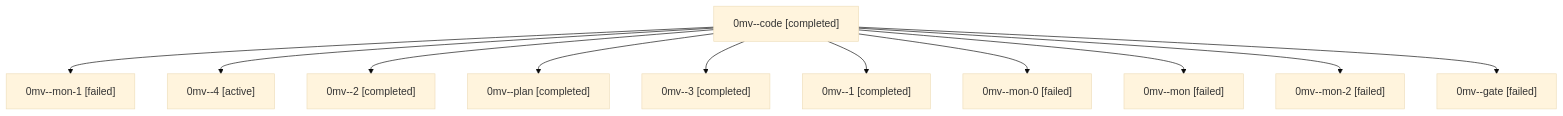
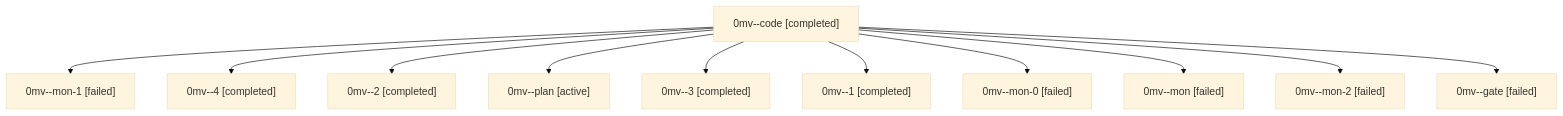
One commit to sase-org/sase--agents changed the diagram in families/bbugyi200.athena.0mv.md. Above: the diagram before and after it, drawn with Mermaid (base theme). The commit also changed other lines of this file and 35830 other files, not shown here.

````diff
--- a/families/bbugyi200.athena.0mv.md
+++ b/families/bbugyi200.athena.0mv.md
@@ -9,24 +9,24 @@
 ```mermaid
 flowchart TD
   n0["0mv--code [completed]"]
   n1["0mv--mon-1 [failed]"]
   n0 --> n1
-  n2["0mv--4 [active]"]
+  n2["0mv--4 [completed]"]
   n0 --> n2
   n3["0mv--2 [completed]"]
   n0 --> n3
-  n4["0mv--plan [completed]"]
+  n4["0mv--plan [active]"]
   n0 --> n4
   n5["0mv--3 [completed]"]
   n0 --> n5
   n6["0mv--1 [completed]"]
   n0 --> n6
   n7["0mv--mon-0 [failed]"]
   n0 --> n7
   n8["0mv--mon [failed]"]
   n0 --> n8
   n9["0mv--mon-2 [failed]"]
   n0 --> n9
   n10["0mv--gate [failed]"]
   n0 --> n10
 ```
````
